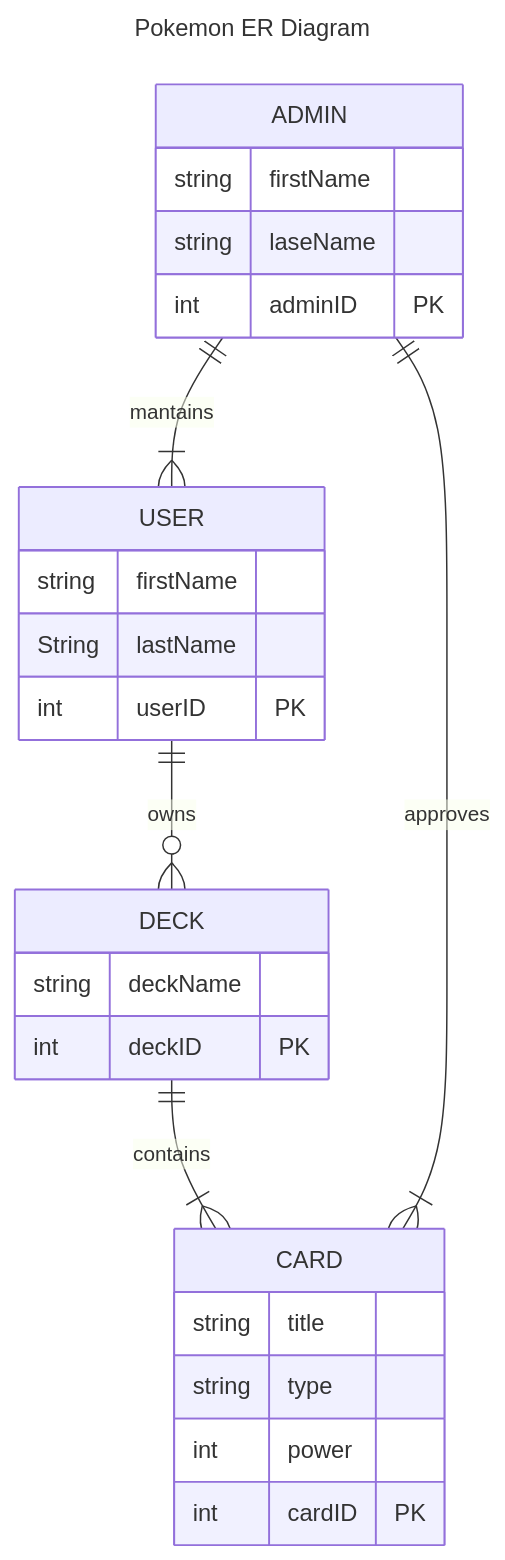
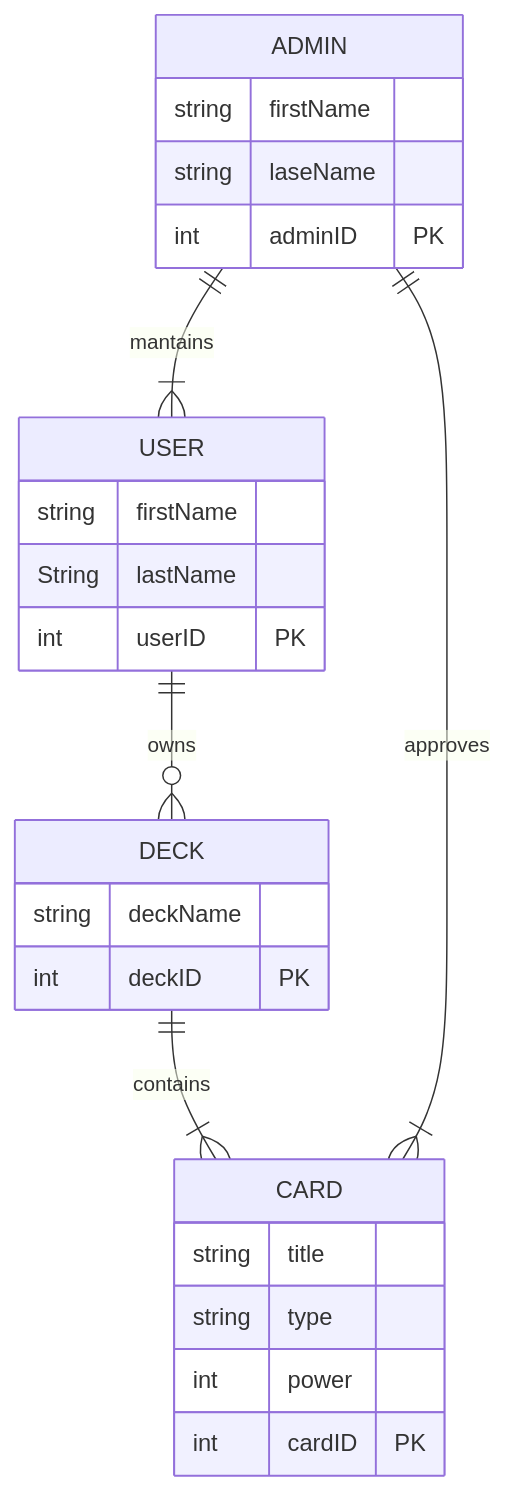
The first of 4 diagrams in Pokemon_Practice/README.md (davwright3/git-practice-davidwright), drawn with Mermaid before and after one commit. The commit also changed other lines of this file, not shown here.

````diff
--- a/Pokemon_Practice/README.md
+++ b/Pokemon_Practice/README.md
@@ -3,34 +4,31 @@
 ```mermaid
----
-title: Pokemon ER Diagram
----
 
 %%ER Diagram for pokemon app
 erDiagram
   USER ||--o{ DECK : owns
     USER{
       string firstName
       String lastName
       int userID PK      
     }
   CARD
     CARD{
       string title
       string type
       int power
       int cardID PK
     }
   DECK ||--|{ CARD : contains
     DECK{
       string deckName
       int deckID PK      
     }
   ADMIN ||--|{ CARD : approves
   ADMIN ||--|{ USER : mantains
     ADMIN{
       string firstName
       string laseName
       int adminID PK
     } 
 
 ```
````
